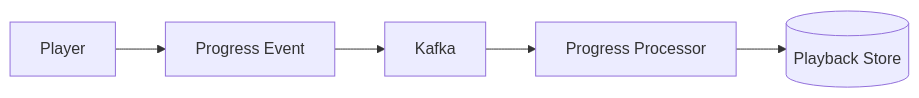
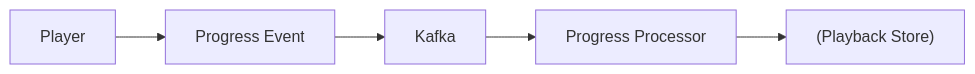
One commit to pankajThakur1874/studysheet changed the seventh of 10 diagrams in files/System-Design-Questions/17-video_streaming_system_design.md. Above: the diagram before and after it, drawn with Mermaid. The commit also changed other lines of this file and 102 other files, not shown here.

Commit message:
Auto-fix Mermaid diagram syntax across all study guides to prevent Syntax Error in Mermaid v10

````diff
--- a/files/System-Design-Questions/17-video_streaming_system_design.md
+++ b/files/System-Design-Questions/17-video_streaming_system_design.md
@@ -688,7 +688,7 @@
 ```mermaid
 flowchart LR
     C[Player] --> E[Progress Event]
     E --> K[Kafka]
     K --> P[Progress Processor]
-    P --> S[(Playback Store)]
+    P --> S["(Playback Store)"]
 ```
````
